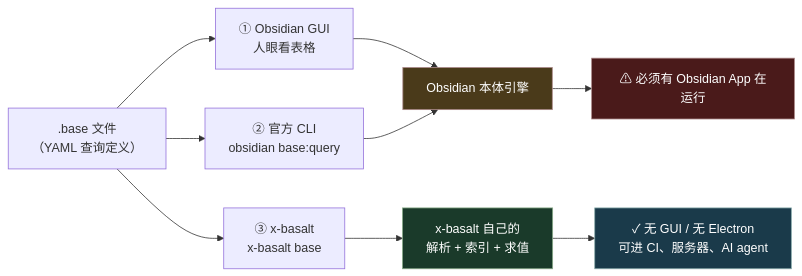
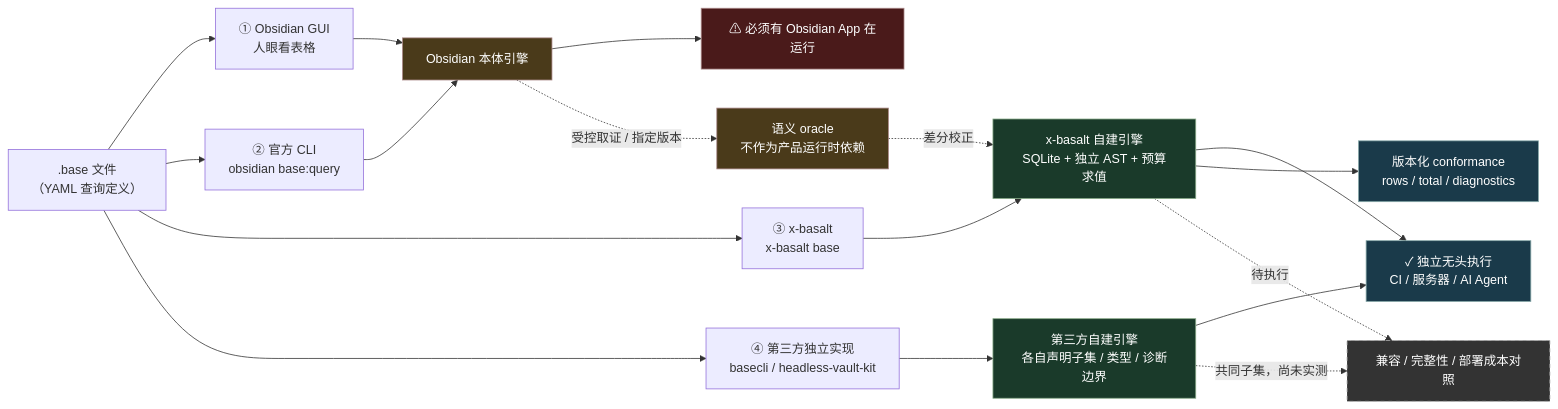
The first of 5 diagrams in docs/design/bases-vs-official.md (xnightsky/x-basalt), drawn with Mermaid before and after one commit. The commit also changed other lines of this file and 22 other files, not shown here.

````diff
--- a/docs/design/bases-vs-official.md
+++ b/docs/design/bases-vs-official.md
@@ -27,20 +27,32 @@
 ```mermaid
 flowchart LR
     B[".base 文件<br/>（YAML 查询定义）"]
 
     B --> G["① Obsidian GUI<br/>人眼看表格"]
     B --> C["② 官方 CLI<br/>obsidian base:query"]
     B --> X["③ x-basalt<br/>x-basalt base"]
+    B --> T["④ 第三方独立实现<br/>basecli / headless-vault-kit"]
 
     G --> GE["Obsidian 本体引擎"]
     C --> GE
-    X --> XE["x-basalt 自己的<br/>解析 + 索引 + 求值"]
+    X --> XE["x-basalt 自建引擎<br/>SQLite + 独立 AST + 预算求值"]
+    T --> TE["第三方自建引擎<br/>各自声明子集 / 类型 / 诊断边界"]
 
     GE --> NEED["⚠ 必须有 Obsidian App 在运行"]
-    XE --> FREE["✓ 无 GUI / 无 Electron<br/>可进 CI、服务器、AI agent"]
+    XE --> FREE["✓ 独立无头执行<br/>CI / 服务器 / AI Agent"]
+    TE --> FREE
+    XE --> CONTRACT["版本化 conformance<br/>rows / total / diagnostics"]
+    GE -. 受控取证 / 指定版本 .-> ORACLE["语义 oracle<br/>不作为产品运行时依赖"]
+    ORACLE -. 差分校正 .-> XE
+    TE -. 共同子集，尚未实测 .-> COMPARE["兼容 / 完整性 / 部署成本对照"]
+    XE -. 待执行 .-> COMPARE
 
+    style TE fill:#1a3a2a,stroke:#8a8,color:#fff
+    style CONTRACT fill:#1a3a4a,stroke:#8aa,color:#fff
+    style ORACLE fill:#4a3a1a,stroke:#a88,color:#fff
+    style COMPARE fill:#333,stroke:#aaa,color:#fff,stroke-dasharray:5 5
     style GE fill:#4a3a1a,stroke:#a88,color:#fff
     style XE fill:#1a3a2a,stroke:#8a8,color:#fff
     style NEED fill:#4a1a1a,stroke:#a88,color:#fff
     style FREE fill:#1a3a4a,stroke:#8aa,color:#fff
 ```
````
